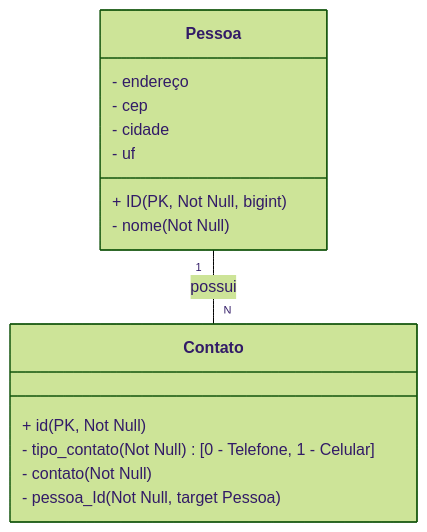
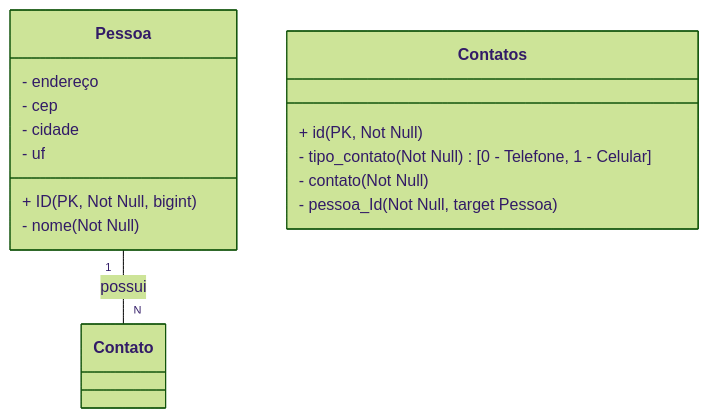
The diagram in README.md (silvamaciel/ProjetoJava-Minsait), drawn with Mermaid (forest theme) before and after one commit.

````diff
--- a/README.md
+++ b/README.md
@@ -10,20 +10,20 @@
 ```mermaid
 classDiagram
   class Pessoa {
     + ID (PK, Not Null, bigint)
     - nome (Not Null)
     - endereço
     - cep
     - cidade
     - uf
   }
 
-  class Contato {
+  class Contatos {
     + id (PK, Not Null)
     - tipo_contato (Not Null) [0 - Telefone, 1 - Celular]
     - contato (Not Null)
     - pessoa_Id (Not Null, target Pessoa)
   }
 
   Pessoa "1" -- "N" Contato : possui
 ```
````
